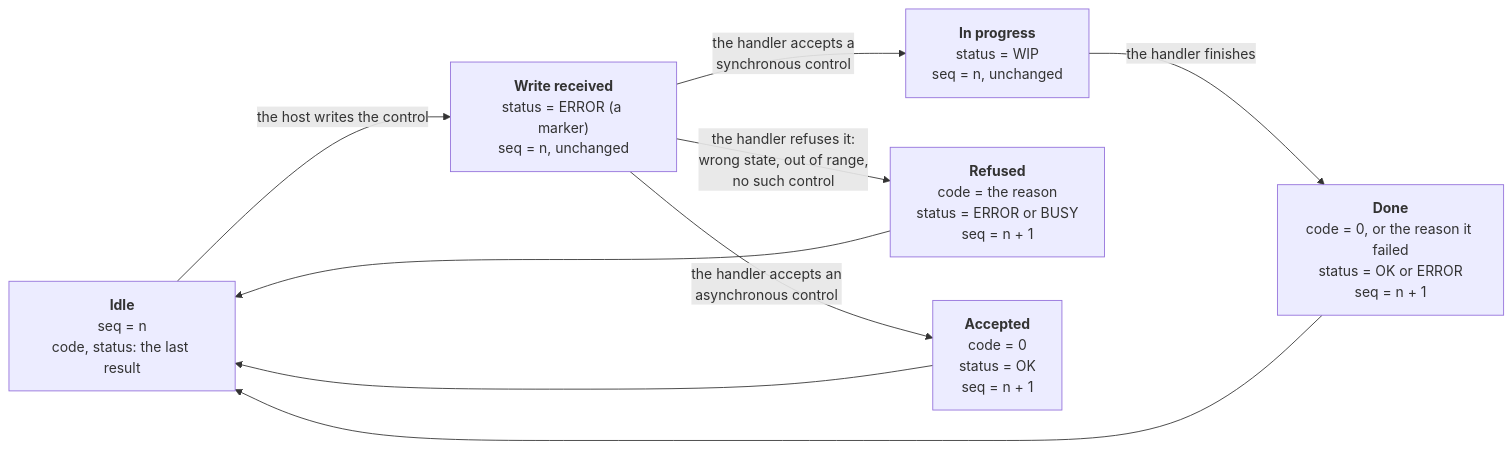
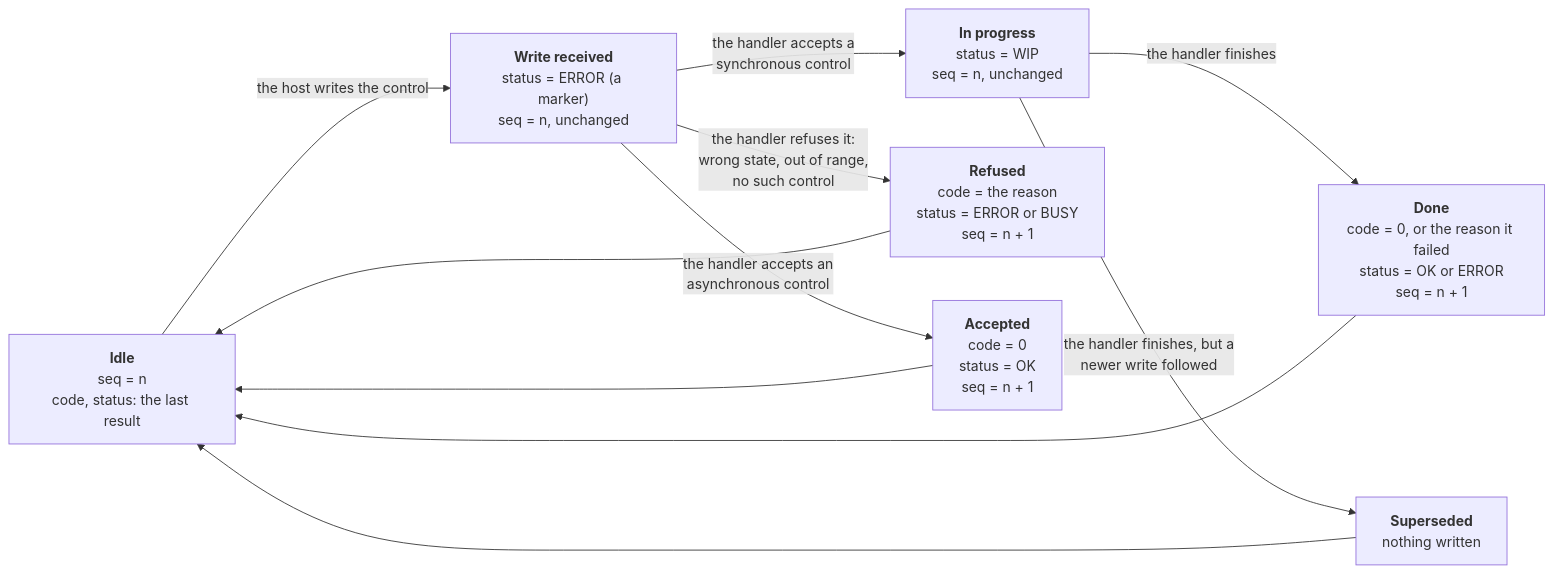
Before and after one commit to realsenseai/realsense_mipi_platform_driver: the third of 6 diagrams in docs/camera-control-descriptor.md, drawn with Mermaid. The commit also changed other lines of this file and 1 other file, not shown here.

````diff
--- a/docs/camera-control-descriptor.md
+++ b/docs/camera-control-descriptor.md
@@ -260,17 +260,20 @@
 ```mermaid
 flowchart LR
   I["<b>Idle</b><br/>seq = n<br/>code, status: the last result"]
   E["<b>Write received</b><br/>status = ERROR (a marker)<br/>seq = n, unchanged"]
   W["<b>In progress</b><br/>status = WIP<br/>seq = n, unchanged"]
   R["<b>Refused</b><br/>code = the reason<br/>status = ERROR or BUSY<br/>seq = n + 1"]
   D["<b>Done</b><br/>code = 0, or the reason it failed<br/>status = OK or ERROR<br/>seq = n + 1"]
   A["<b>Accepted</b><br/>code = 0<br/>status = OK<br/>seq = n + 1"]
+  X["<b>Superseded</b><br/>nothing written"]
   I -->|"the host writes the control"| E
   E -->|"the handler refuses it:<br/>wrong state, out of range,<br/>no such control"| R
   E -->|"the handler accepts a<br/>synchronous control"| W
   E -->|"the handler accepts an<br/>asynchronous control"| A
   W -->|"the handler finishes"| D
+  W -->|"the handler finishes, but a<br/>newer write followed"| X
   R --> I
   D --> I
   A --> I
+  X --> I
 ```
````
